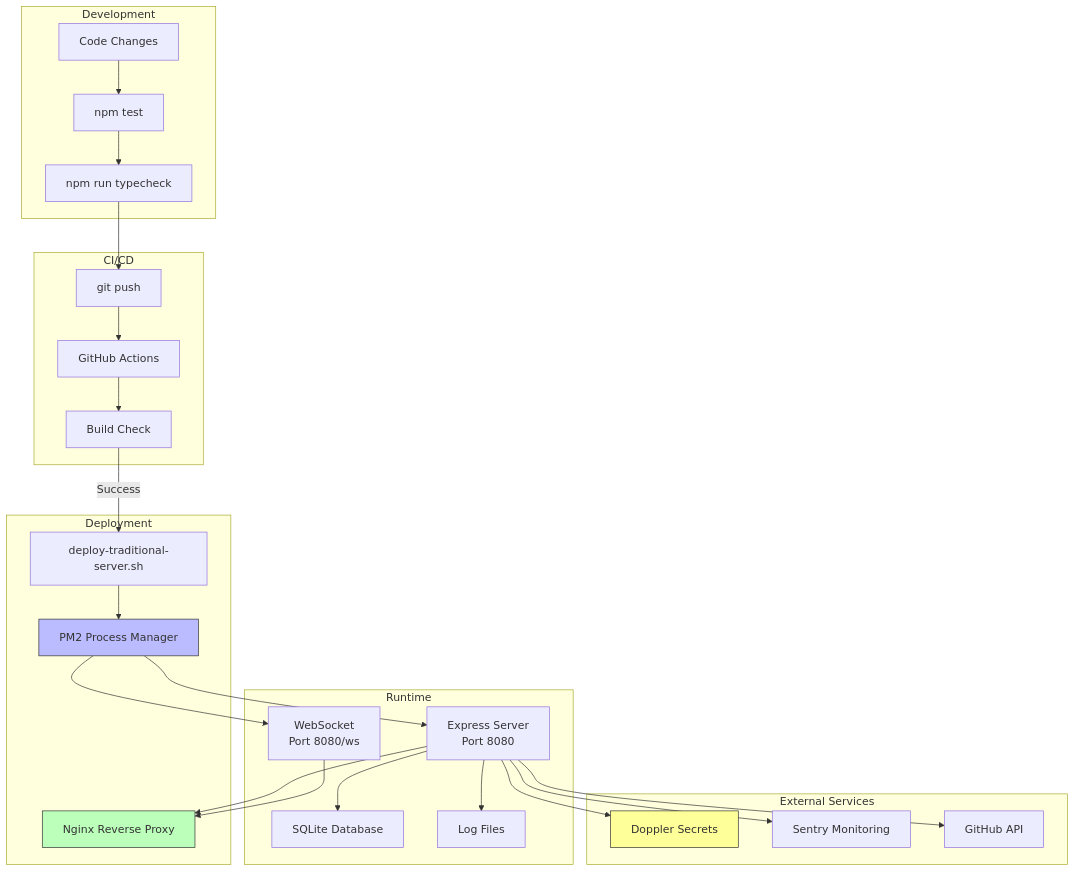
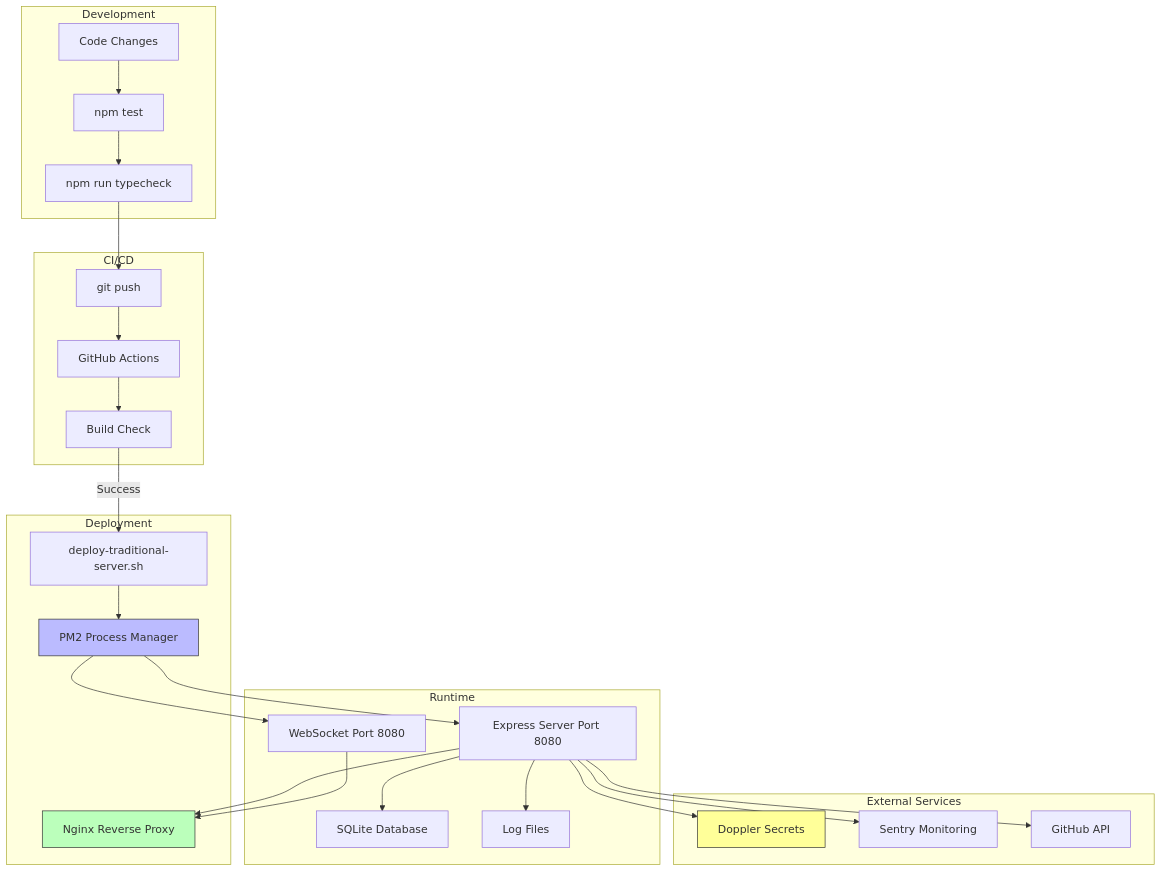
One commit to integritystudio/AlephAuto changed diagram 13 of 13 in docs/architecture/SYSTEM-DATA-FLOW.md. Above: the diagram before and after it, drawn with Mermaid. The commit also changed other lines of this file, not shown here.

First line of the commit message:
fix(docs): resolve Mermaid diagram syntax errors in SYSTEM-DATA-FLOW.md

````diff
--- a/docs/architecture/SYSTEM-DATA-FLOW.md
+++ b/docs/architecture/SYSTEM-DATA-FLOW.md
@@ -775,50 +775,50 @@
 ```mermaid
 flowchart TB
     subgraph Development["Development"]
         Code[Code Changes]
         Test[npm test]
         TypeCheck[npm run typecheck]
     end
 
     subgraph CI["CI/CD"]
         Push[git push]
         Actions[GitHub Actions]
         Build[Build Check]
     end
 
     subgraph Deploy["Deployment"]
         Script[deploy-traditional-server.sh]
         PM2[PM2 Process Manager]
         Nginx[Nginx Reverse Proxy]
     end
 
     subgraph Runtime["Runtime"]
-        Express[Express Server<br/>Port 8080]
-        WebSocket[WebSocket<br/>Port 8080/ws]
+        Express["Express Server Port 8080"]
+        WebSocket["WebSocket Port 8080"]
         SQLite[SQLite Database]
         Logs[Log Files]
     end
 
     subgraph External["External Services"]
         Doppler[Doppler Secrets]
         Sentry[Sentry Monitoring]
         GitHub[GitHub API]
     end
 
     Code --> Test --> TypeCheck --> Push
     Push --> Actions --> Build
 
     Build -->|Success| Script
     Script --> PM2
 
     PM2 --> Express & WebSocket
     Express --> Nginx
     WebSocket --> Nginx
 
     Express --> SQLite & Logs
     Express --> Doppler & Sentry & GitHub
 
     style PM2 fill:#bbf,stroke:#333
     style Nginx fill:#bfb,stroke:#333
     style Doppler fill:#ff9,stroke:#333
 ```
````
